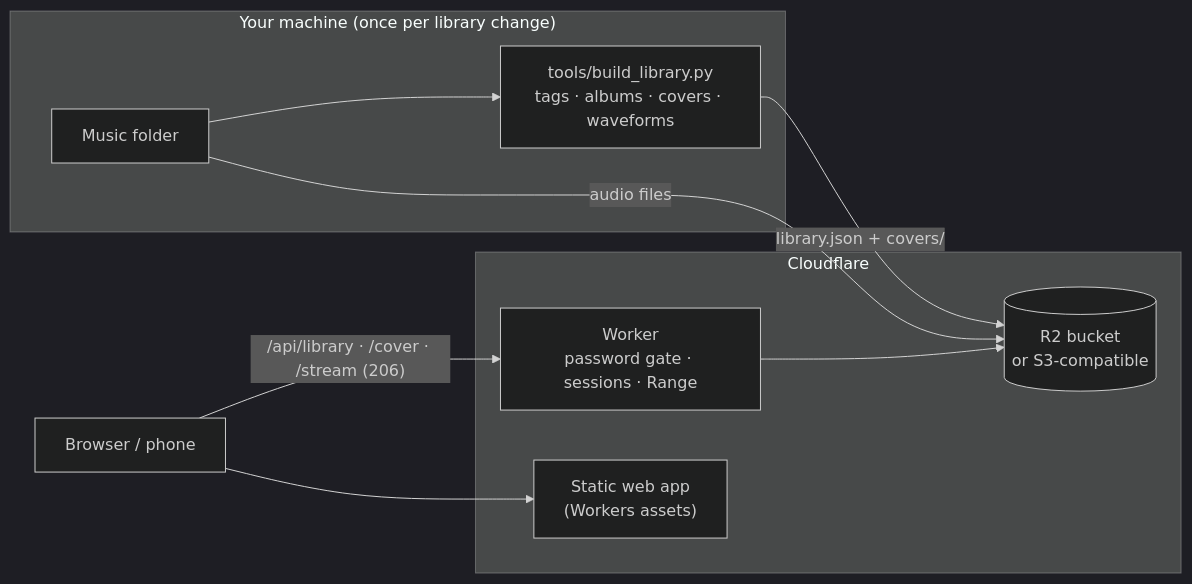
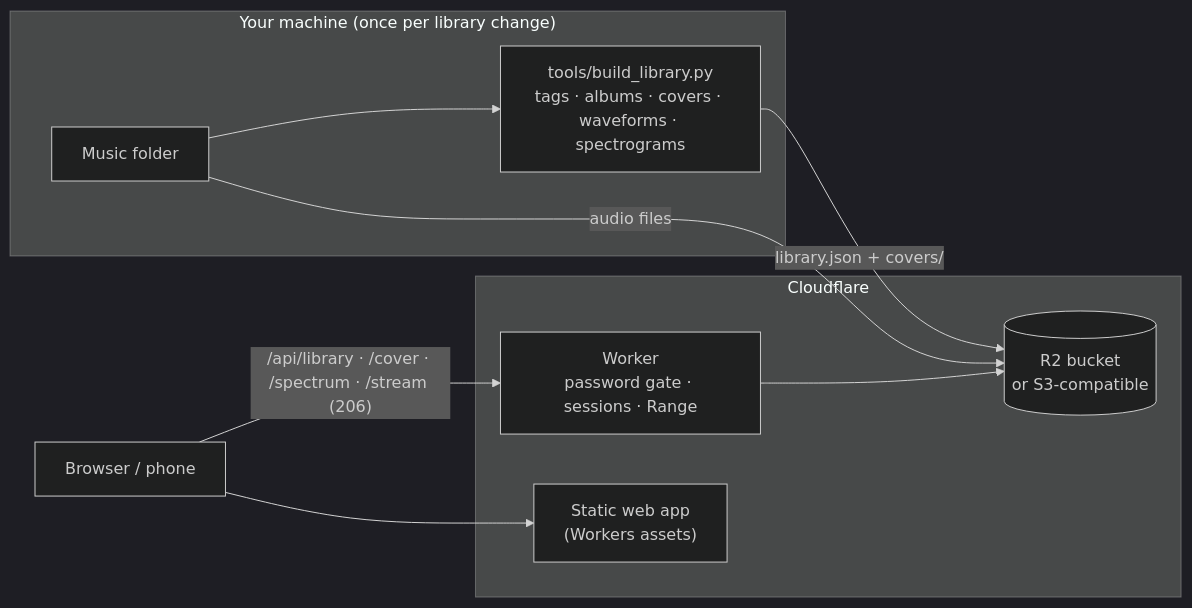
One commit to lequocbinh04/nhac changed the diagram in README.md. Above: the diagram before and after it, drawn with Mermaid (dark theme). The commit also changed other lines of this file and 27 other files, not shown here.

````diff
--- a/README.md
+++ b/README.md
@@ -54,14 +55,14 @@
 ```mermaid
 flowchart LR
   subgraph you["Your machine (once per library change)"]
-    M[Music folder] --> B["tools/build_library.py<br/>tags · albums · covers · waveforms"]
+    M[Music folder] --> B["tools/build_library.py<br/>tags · albums · covers · waveforms · spectrograms"]
   end
   B -- "library.json + covers/" --> S
   M -- "audio files" --> S[("R2 bucket<br/>or S3-compatible")]
   subgraph cf["Cloudflare"]
     W["Worker<br/>password gate · sessions · Range"] --> S
     A["Static web app<br/>(Workers assets)"]
   end
-  P["Browser / phone"] -- "/api/library · /cover · /stream (206)" --> W
+  P["Browser / phone"] -- "/api/library · /cover · /spectrum · /stream (206)" --> W
   P --> A
 ```
````
